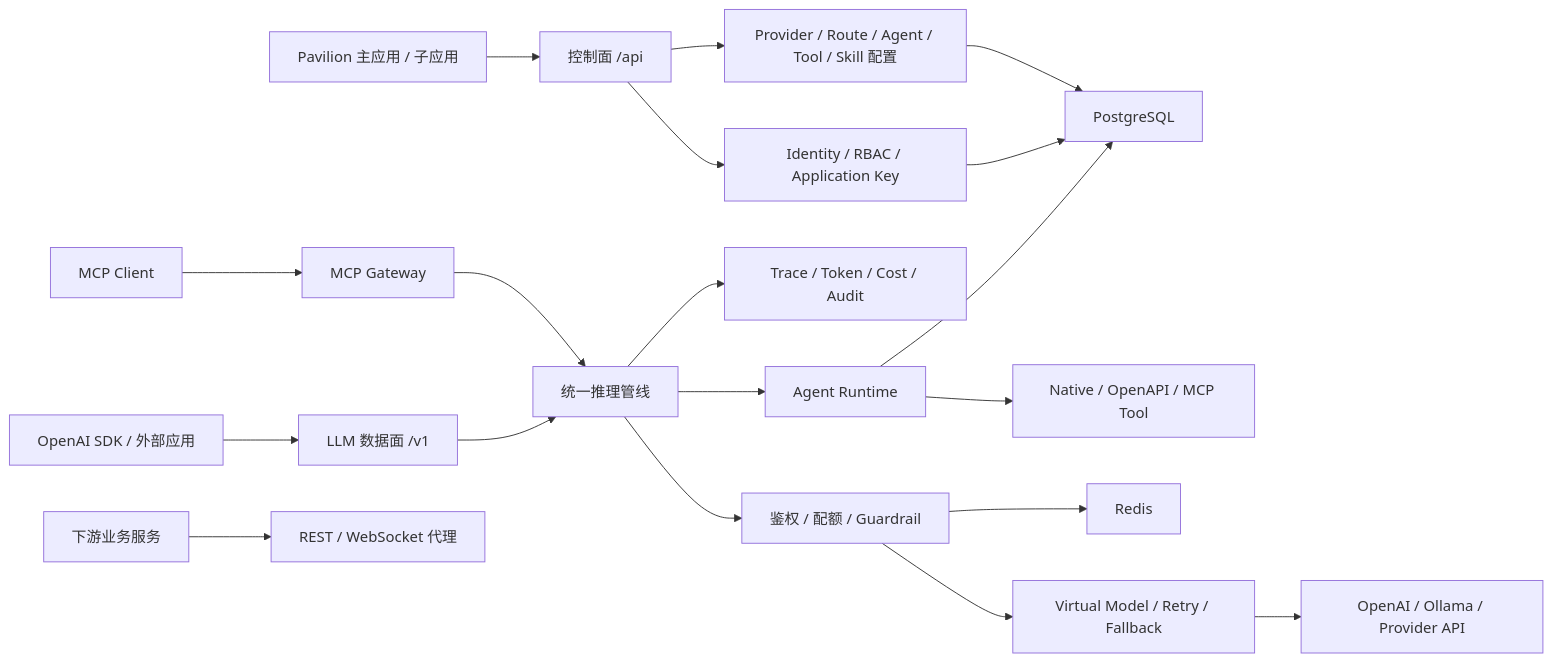
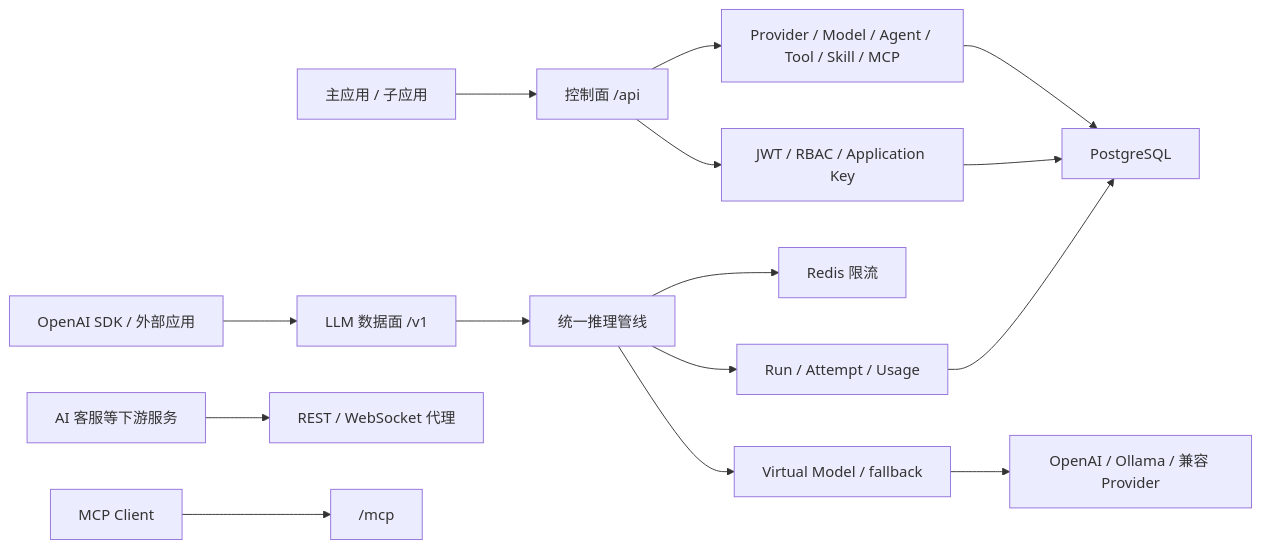
Before and after one commit to 521Peter/pavilion-mfe: the diagram in PAVILION_LLM_GATEWAY_REFACTOR_PLAN.md, drawn with Mermaid. The commit also changed other lines of this file and 15 other files, not shown here.

````diff
--- a/PAVILION_LLM_GATEWAY_REFACTOR_PLAN.md
+++ b/PAVILION_LLM_GATEWAY_REFACTOR_PLAN.md
@@ -106,24 +25,19 @@
 ```mermaid
 flowchart LR
-    FE["Pavilion 主应用 / 子应用"] --> CP["控制面 /api"]
+    FE["主应用 / 子应用"] --> CP["控制面 /api"]
     SDK["OpenAI SDK / 外部应用"] --> DP["LLM 数据面 /v1"]
-    EXT["下游业务服务"] --> PX["REST / WebSocket 代理"]
-    MCPCLI["MCP Client"] --> MCPS["MCP Gateway"]
+    CS["AI 客服等下游服务"] --> PX["REST / WebSocket 代理"]
+    MCPCLI["MCP Client"] --> MCPS["/mcp"]
 
-    CP --> AUTH["Identity / RBAC / Application Key"]
-    CP --> CFG["Provider / Route / Agent / Tool / Skill 配置"]
+    CP --> AUTH["JWT / RBAC / Application Key"]
+    CP --> CFG["Provider / Model / Agent / Tool / Skill / MCP"]
+    DP --> PIPE["统一推理管线"]
+    PIPE --> ROUTE["Virtual Model / fallback"]
+    ROUTE --> PROVIDER["OpenAI / Ollama / 兼容 Provider"]
+    PIPE --> RUN["Run / Attempt / Usage"]
 
-    DP --> PIPE["统一推理管线"]
-    MCPS --> PIPE
-    PIPE --> POLICY["鉴权 / 配额 / Guardrail"]
-    POLICY --> ROUTER["Virtual Model / Retry / Fallback"]
-    ROUTER --> PROVIDERS["OpenAI / Ollama / Provider API"]
-    PIPE --> RUNTIME["Agent Runtime"]
-    RUNTIME --> TOOLS["Native / OpenAPI / MCP Tool"]
-    PIPE --> OBS["Trace / Token / Cost / Audit"]
-
-    CFG --> DB["PostgreSQL"]
-    AUTH --> DB
-    POLICY --> REDIS["Redis"]
-    RUNTIME --> DB
+    AUTH --> PG["PostgreSQL"]
+    CFG --> PG
+    RUN --> PG
+    PIPE --> REDIS["Redis 限流"]
 ```
````
